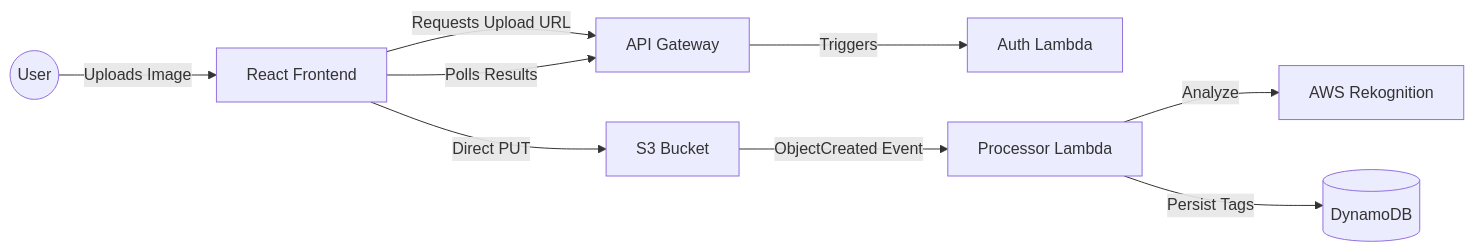
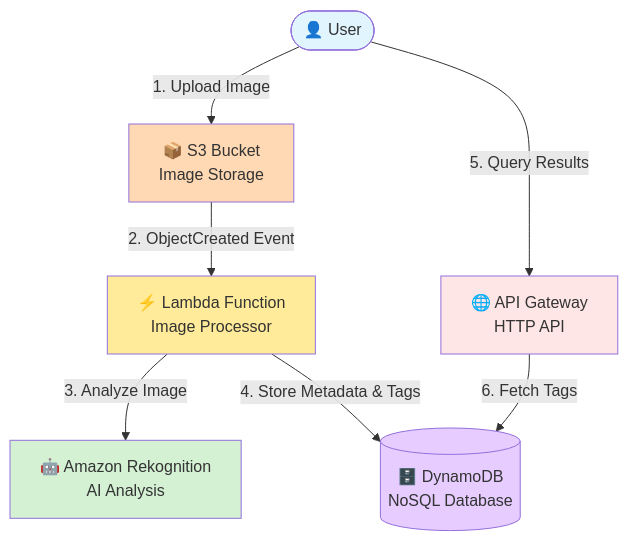
One commit to Gh0stbasta/serverless-ai-image-tagger changed the diagram in README.md. Above: the diagram before and after it, drawn with Mermaid. The commit also changed other lines of this file, not shown here.

Commit message:
Update README with live demo, enhanced architecture diagram, and business value sections

````diff
--- a/README.md
+++ b/README.md
@@ -38,11 +66,16 @@
 ```mermaid
-graph LR
-    User((User)) -->|Uploads Image| Frontend[React Frontend]
-    Frontend -->|Requests Upload URL| API[API Gateway]
-    API -->|Triggers| AuthLambda[Auth Lambda]
-    Frontend -->|Direct PUT| S3[S3 Bucket]
-    S3 -->|ObjectCreated Event| ProcessLambda[Processor Lambda]
-    ProcessLambda -->|Analyze| Rekognition[AWS Rekognition]
-    ProcessLambda -->|Persist Tags| DDB[(DynamoDB)]
-    Frontend -->|Polls Results| API
+graph TB
+    User([👤 User]) -->|1. Upload Image| S3[📦 S3 Bucket<br/>Image Storage]
+    S3 -->|2. ObjectCreated Event| Lambda[⚡ Lambda Function<br/>Image Processor]
+    Lambda -->|3. Analyze Image| Rekognition[🤖 Amazon Rekognition<br/>AI Analysis]
+    Lambda -->|4. Store Metadata & Tags| DynamoDB[(🗄️ DynamoDB<br/>NoSQL Database)]
+    User -->|5. Query Results| API[🌐 API Gateway<br/>HTTP API]
+    API -->|6. Fetch Tags| DynamoDB
+    
+    style User fill:#e1f5ff
+    style S3 fill:#ffd9b3
+    style Lambda fill:#ffeb99
+    style Rekognition fill:#d4f1d4
+    style DynamoDB fill:#e6ccff
+    style API fill:#ffe6e6
 ```
````
